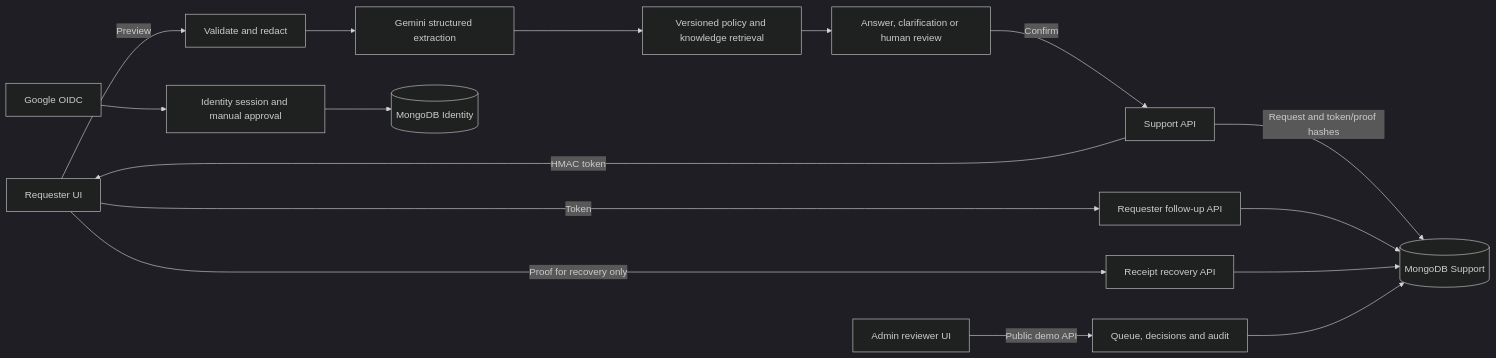
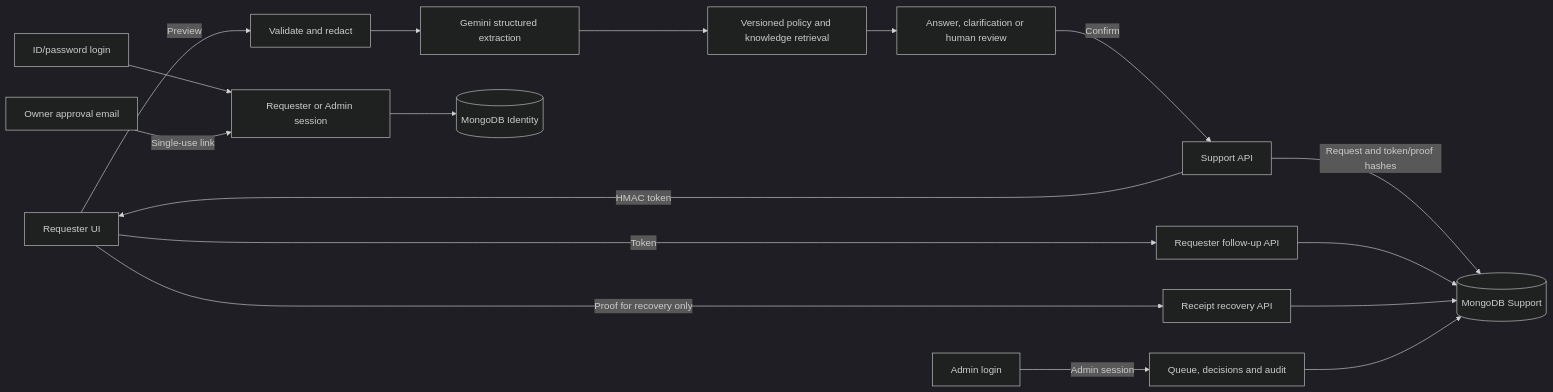
Before and after one commit to Tienkhoaa2908/NSC-helpdesk---MLAI-hackathon-2026: the first of 2 diagrams in README.md, drawn with Mermaid (dark theme). The commit also changed other lines of this file and 176 other files, not shown here.

````diff
--- a/README.md
+++ b/README.md
@@ -56,18 +56,19 @@
 ```mermaid
 flowchart LR
   R[Requester UI] -->|Preview| I[Validate and redact]
   I --> M[Gemini structured extraction]
   M --> P[Versioned policy and knowledge retrieval]
   P --> V[Answer, clarification or human review]
   V -->|Confirm| S[Support API]
   S -->|Request and token/proof hashes| DB[(MongoDB Support)]
   S -->|HMAC token| R
   R -->|Token| F[Requester follow-up API]
   F --> DB
   R -->|Proof for recovery only| H[Receipt recovery API]
   H --> DB
-  A[Admin reviewer UI] -->|Public demo API| Q[Queue, decisions and audit]
+  A[Admin login] -->|Admin session| Q[Queue, decisions and audit]
   Q --> DB
-  G[Google OIDC] --> ID[Identity session and manual approval]
+  U[ID/password login] --> ID[Requester or Admin session]
+  O[Owner approval email] -->|Single-use link| ID
   ID --> DI[(MongoDB Identity)]
 ```
````
